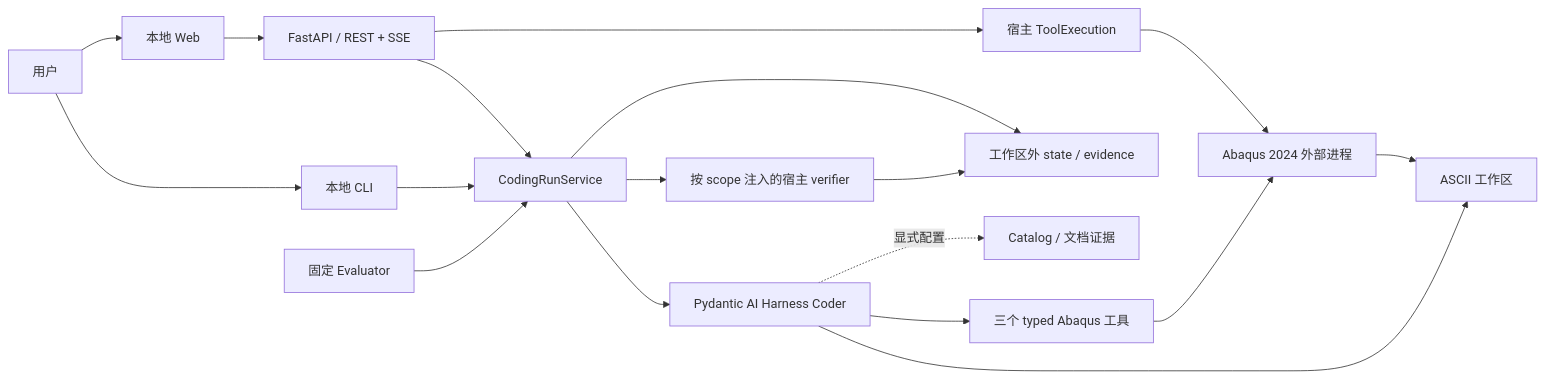
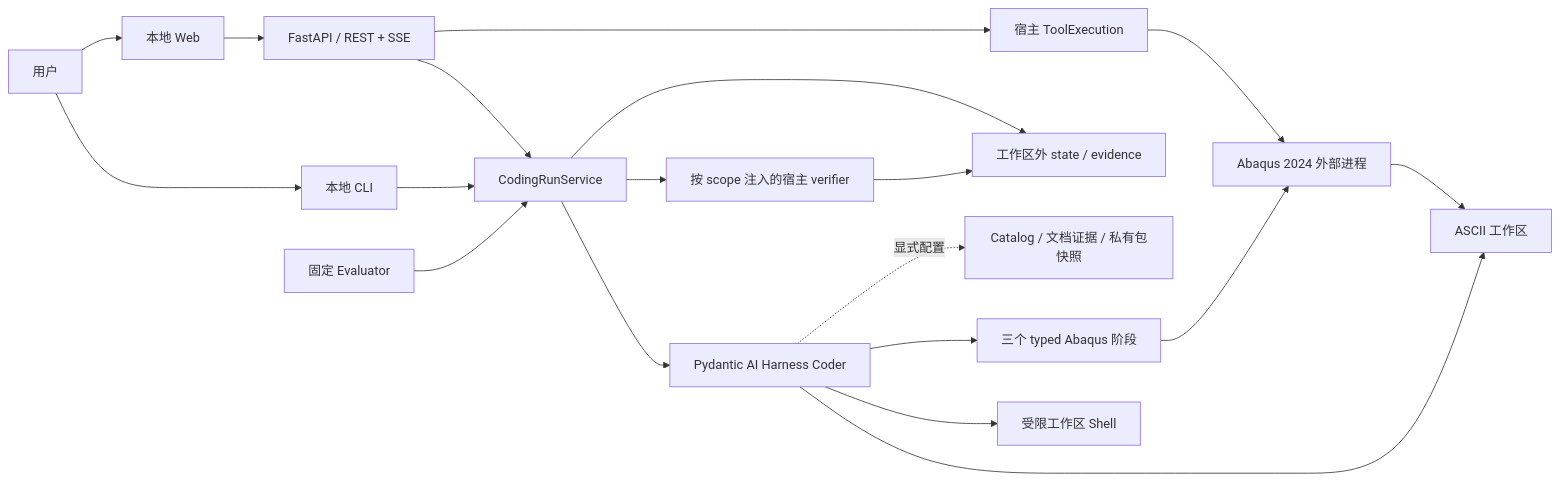
Before and after one commit to Misty02600/abaqus-sim-agent: the diagram in docs/architecture/overview.md, drawn with Mermaid. The commit also changed other lines of this file and 8 other files, not shown here.

Commit message:
docs: synchronize launch v7 runtime architecture

````diff
--- a/docs/architecture/overview.md
+++ b/docs/architecture/overview.md
@@ -57,20 +60,21 @@
 ```mermaid
 flowchart LR
     User[用户] --> CLI[本地 CLI]
     User --> Browser[本地 Web]
     Browser --> WebAPI[FastAPI / REST + SSE]
     CLI --> Host[CodingRunService]
     WebAPI --> Host
     WebAPI --> ToolExecution[宿主 ToolExecution]
     Eval[固定 Evaluator] --> Host
     Host --> Coder[Pydantic AI Harness Coder]
     Coder --> Workspace[ASCII 工作区]
-    Coder --> Tools[三个 typed Abaqus 工具]
-    Coder -. 显式配置 .-> Knowledge[Catalog / 文档证据]
+    Coder --> Shell[受限工作区 Shell]
+    Coder --> Tools[三个 typed Abaqus 阶段]
+    Coder -. 显式配置 .-> Knowledge[Catalog / 文档证据 / 私有包快照]
     Tools --> Abaqus[Abaqus 2024 外部进程]
     ToolExecution --> Abaqus
     Abaqus --> Workspace
     Host --> Verify[按 scope 注入的宿主 verifier]
     Host --> State[工作区外 state / evidence]
     Verify --> State
 ```
````
